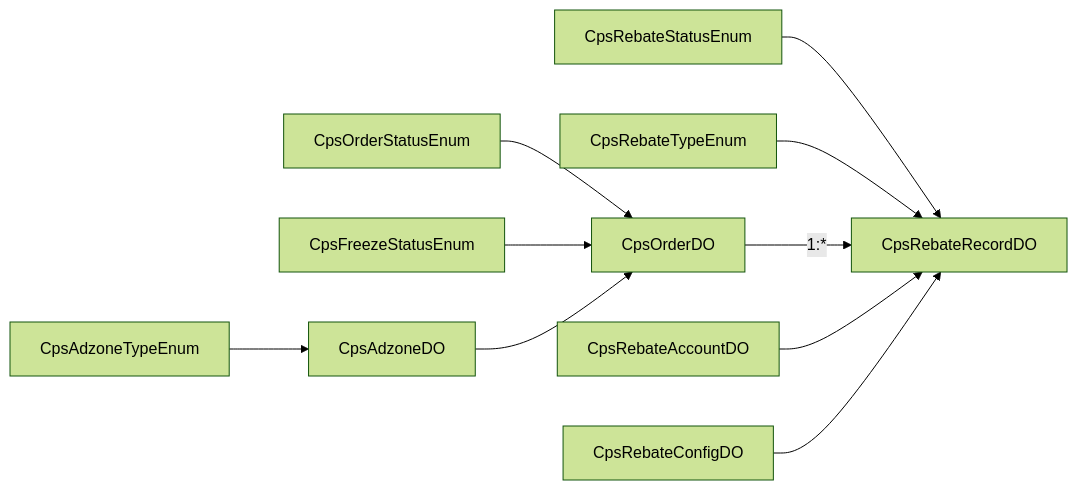
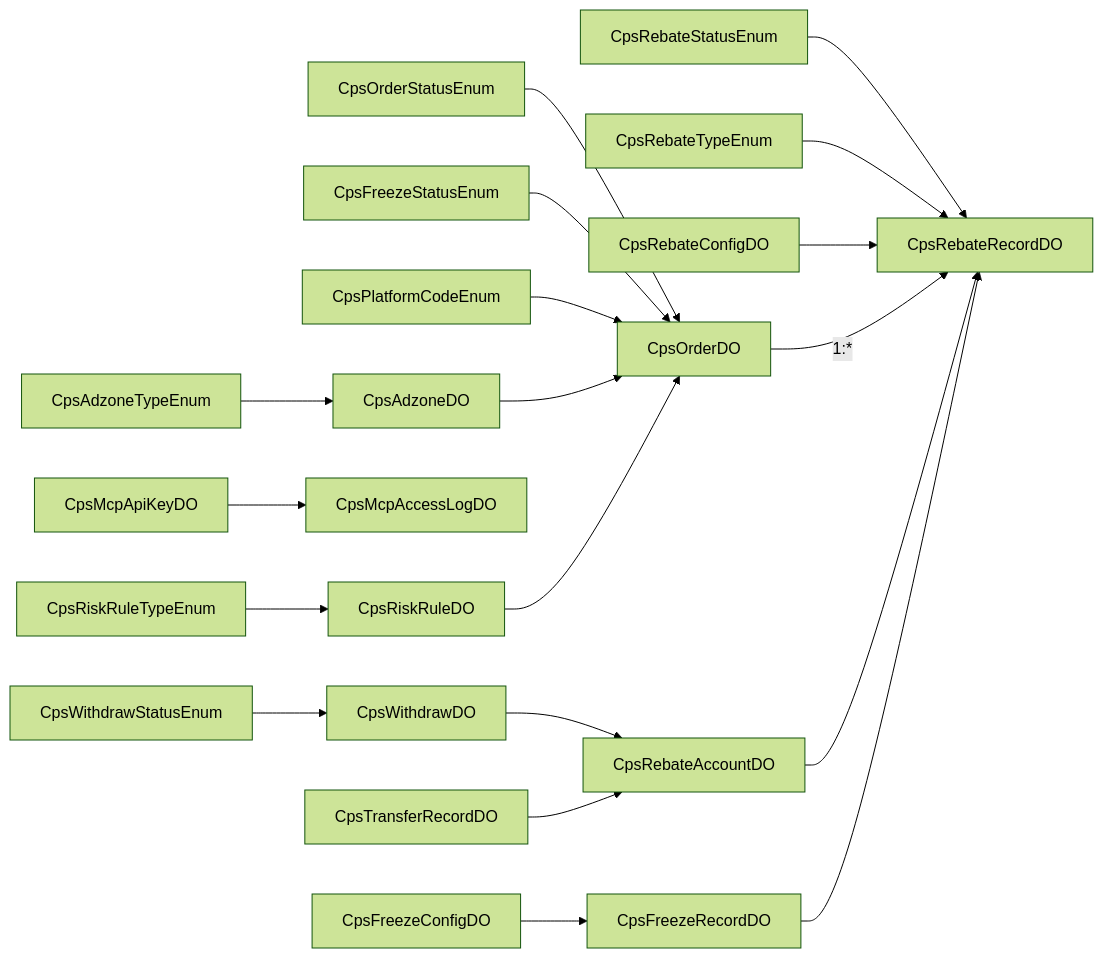
Before and after one commit to zhuangpengLI/AgenticCPS: the third of 3 diagrams in .qoder/repowiki/zh/content/数据库设计/核心业务表设计/CPS 业务表设计.md, drawn with Mermaid (forest theme). The commit also changed other lines of this file and 42 other files, not shown here.

````diff
--- a/.qoder/repowiki/zh/content/数据库设计/核心业务表设计/CPS 业务表设计.md
+++ b/.qoder/repowiki/zh/content/数据库设计/核心业务表设计/CPS 业务表设计.md
@@ -301,12 +589,21 @@
 ```mermaid
 graph LR
 OS["CpsOrderStatusEnum"] --> OD["CpsOrderDO"]
 FS["CpsFreezeStatusEnum"] --> OD
 RS["CpsRebateStatusEnum"] --> RD["CpsRebateRecordDO"]
 RT["CpsRebateTypeEnum"] --> RD
 AT["CpsAdzoneTypeEnum"] --> AD["CpsAdzoneDO"]
+RR["CpsRebateConfigDO"] --> RD
+FC["CpsFreezeConfigDO"] --> FR["CpsFreezeRecordDO"]
+MA["CpsMcpApiKeyDO"] --> MR["CpsMcpAccessLogDO"]
+RRule["CpsRiskRuleTypeEnum"] --> RRDO["CpsRiskRuleDO"]
+WT["CpsWithdrawStatusEnum"] --> W["CpsWithdrawDO"]
+PT["CpsPlatformCodeEnum"] --> OD
 OD -- "1:*" --> RD
 AD --> OD
 RA["CpsRebateAccountDO"] --> RD
-RC["CpsRebateConfigDO"] --> RD
+FR --> RD
+RRDO --> OD
+W --> RA
+TR["CpsTransferRecordDO"] --> RA
 ```
````
